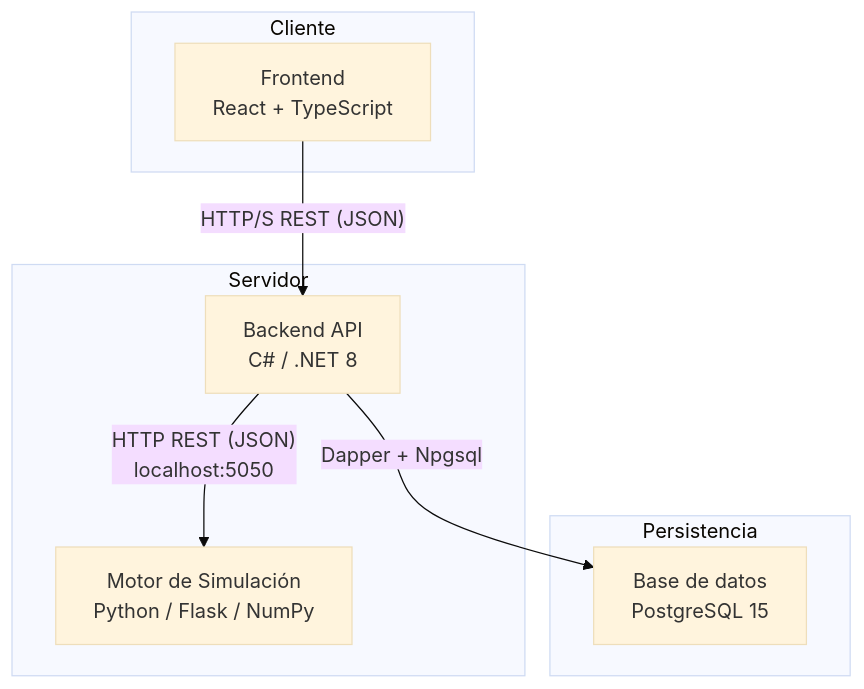
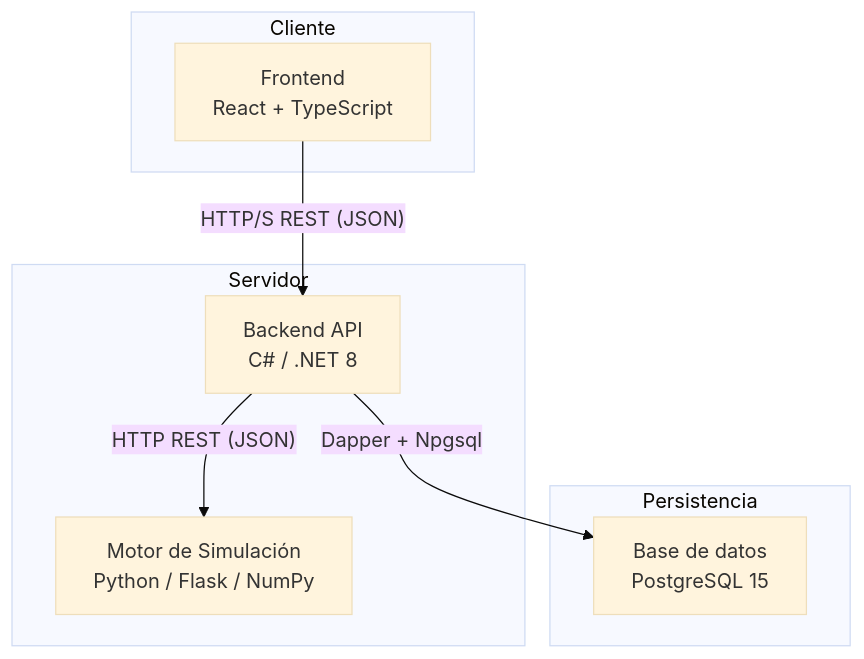
The diagram in README.md (Sofiardb/ProyectoFinal-SimuladorFinanciero), drawn with Mermaid (base theme) before and after one commit. The commit also changed other lines of this file and 11 other files, not shown here.

````diff
--- a/README.md
+++ b/README.md
@@ -36,19 +36,19 @@
 ```mermaid
 graph TD
     subgraph Cliente
         FE["Frontend\nReact + TypeScript"]
     end
 
     subgraph Servidor
         API["Backend API\nC# / .NET 8"]
         MOTOR["Motor de Simulación\nPython / Flask / NumPy"]
     end
 
     subgraph Persistencia
         DB["Base de datos\nPostgreSQL 15"]
     end
 
     FE -->|"HTTP/S REST (JSON)"| API
-    API -->|"HTTP REST (JSON)\nlocalhost:5050"| MOTOR
+    API -->|"HTTP REST (JSON)"| MOTOR
     API -->|"Dapper + Npgsql"| DB
 ```
````
